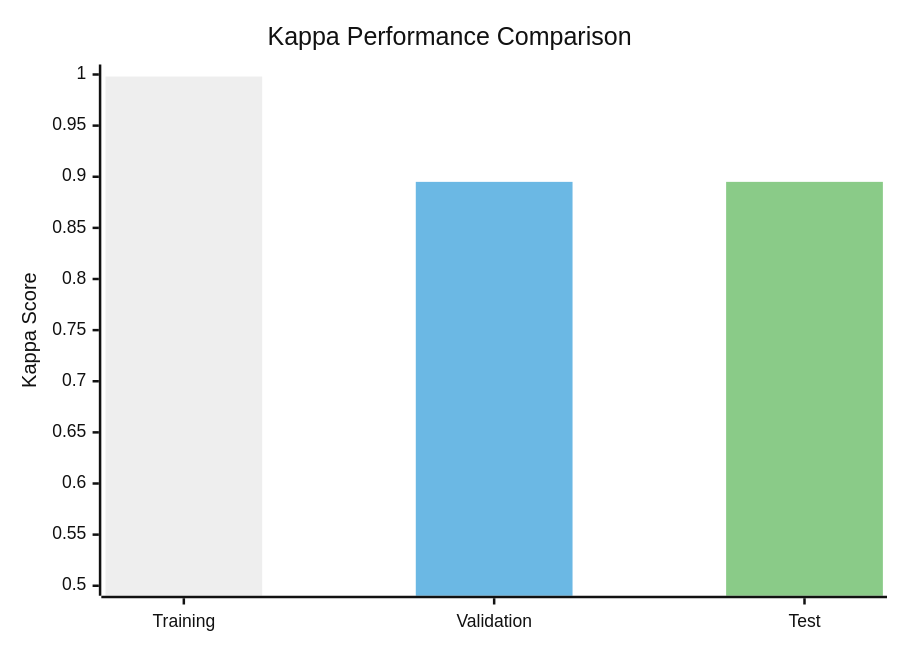
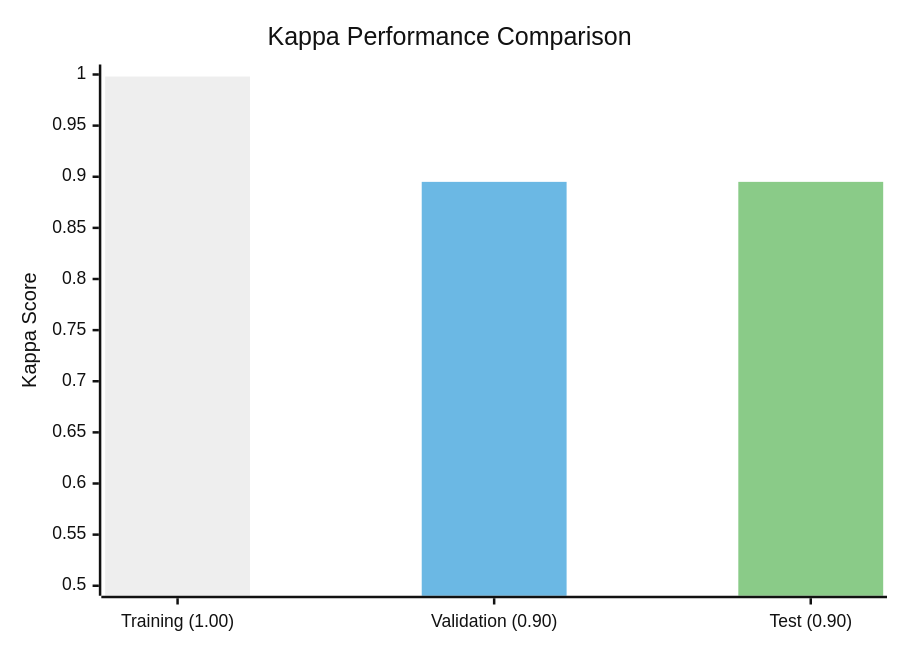
Before and after one commit to Daniel-Lachner-Piza/EEG_Characterizer_HFO: the second of 5 diagrams in README.md, drawn with Mermaid (neutral theme). The commit also changed other lines of this file, not shown here.

````diff
--- a/README.md
+++ b/README.md
@@ -53,9 +53,9 @@
 ```mermaid
 xychart-beta
     title "Kappa Performance Comparison"
-    x-axis [Training, Validation, Test]
+    x-axis ["Training (1.00)", "Validation (0.90)", "Test (0.90)"]
     y-axis "Kappa Score" 0.5 --> 1.0
-    bar "Training<br>(1.00)" [0.998, 0, 0]
-    bar "Validation<br>(0.90)" [0, 0.895, 0]
-    bar "Test<br>(0.90)" [0, 0, 0.895]
+    bar "Training (1.00)" [0.998, 0, 0]
+    bar "Validation (0.90)" [0, 0.895, 0]
+    bar "Test (0.90)" [0, 0, 0.895]
 ```
````
